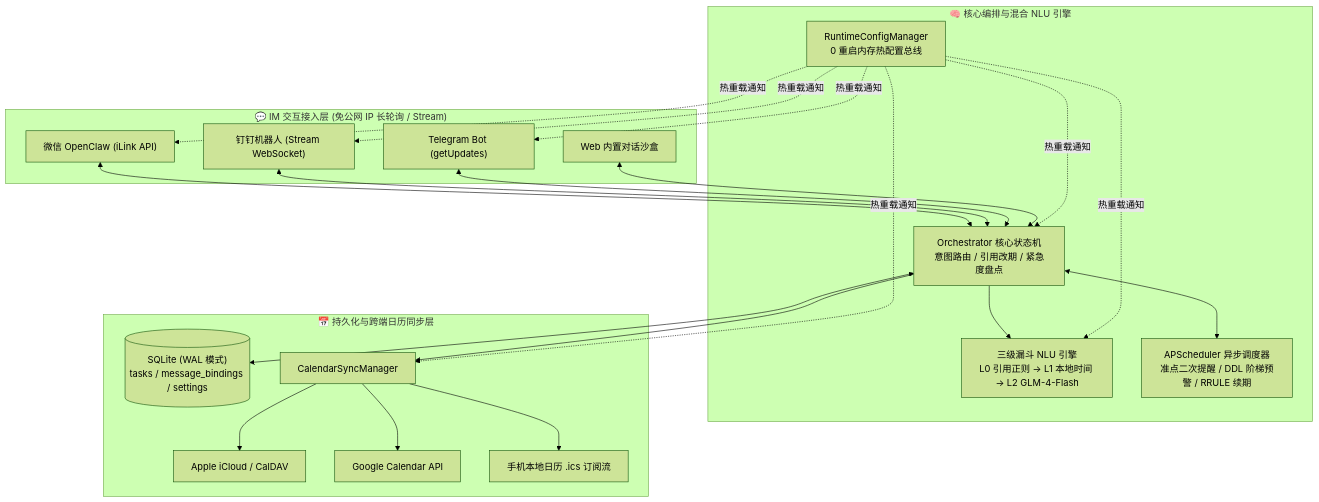
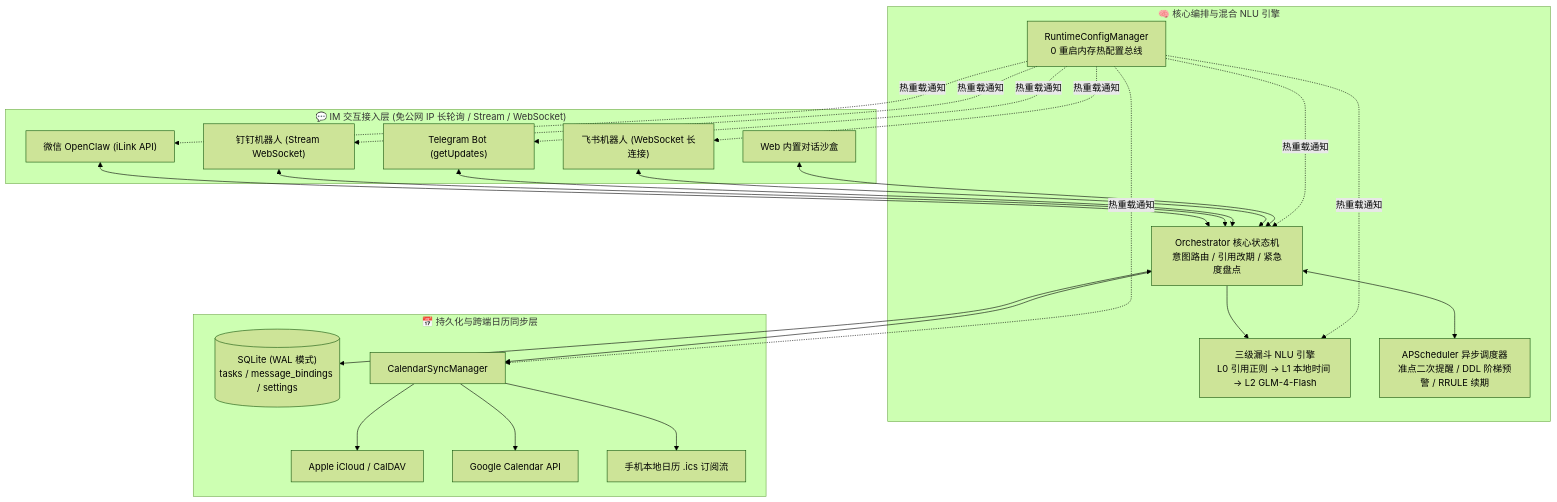
Before and after one commit to Violiate/Chrono-Secretary: the diagram in README.md, drawn with Mermaid (forest theme). The commit also changed other lines of this file and 10 other files, not shown here.

````diff
--- a/README.md
+++ b/README.md
@@ -69,32 +70,33 @@
 ```mermaid
 flowchart TB
-    subgraph Channels["💬 IM 交互接入层 (免公网 IP 长轮询 / Stream)"]
+    subgraph Channels["💬 IM 交互接入层 (免公网 IP 长轮询 / Stream / WebSocket)"]
         WX["微信 OpenClaw (iLink API)"]
         DT["钉钉机器人 (Stream WebSocket)"]
         TG["Telegram Bot (getUpdates)"]
+        FS["飞书机器人 (WebSocket 长连接)"]
         WEB["Web 内置对话沙盒"]
     end
 
     subgraph Core["🧠 核心编排与混合 NLU 引擎"]
         CM["RuntimeConfigManager<br/>0 重启内存热配置总线"]
         ORCH["Orchestrator 核心状态机<br/>意图路由 / 引用改期 / 紧急度盘点"]
         NLU["三级漏斗 NLU 引擎<br/>L0 引用正则 → L1 本地时间 → L2 GLM-4-Flash"]
         SCHED["APScheduler 异步调度器<br/>准点二次提醒 / DDL 阶梯预警 / RRULE 续期"]
     end
 
     subgraph StorageAndCal["📅 持久化与跨端日历同步层"]
         DB[("SQLite (WAL 模式)<br/>tasks / message_bindings / settings")]
         CAL["CalendarSyncManager"]
         ICLOUD["Apple iCloud / CalDAV"]
         GCAL["Google Calendar API"]
         ICS["手机本地日历 .ics 订阅流"]
     end
 
-    WX & DT & TG & WEB <--> ORCH
+    WX & DT & TG & FS & WEB <--> ORCH
     ORCH --> NLU
     ORCH <--> DB
     ORCH <--> SCHED
     ORCH --> CAL
     CAL --> ICLOUD & GCAL & ICS
-    CM -. "热重载通知" .-> ORCH & NLU & WX & DT & TG & CAL
+    CM -. "热重载通知" .-> ORCH & NLU & WX & DT & TG & FS & CAL
 ```
````
